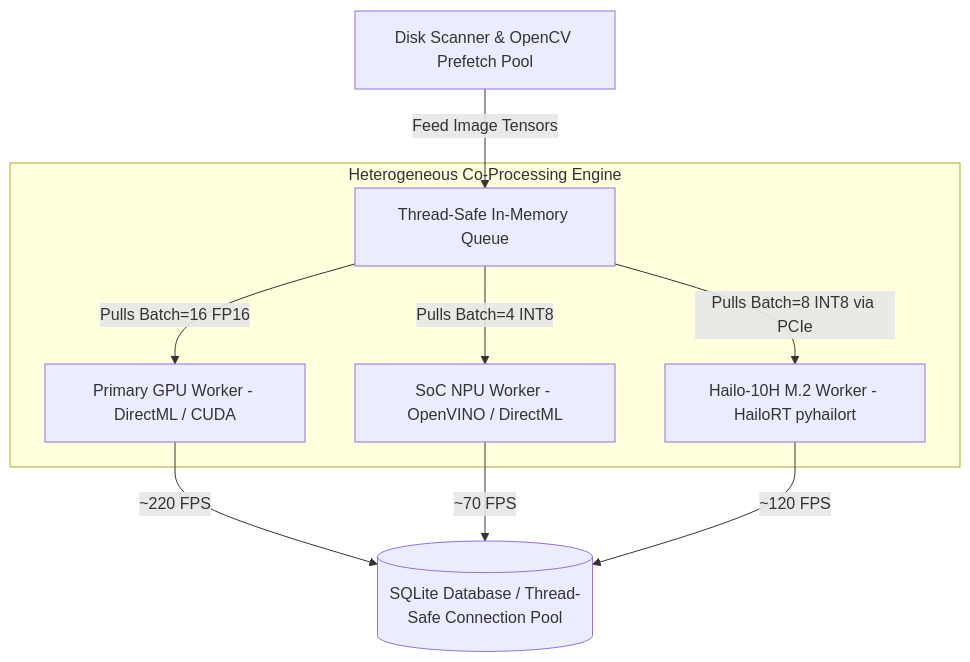
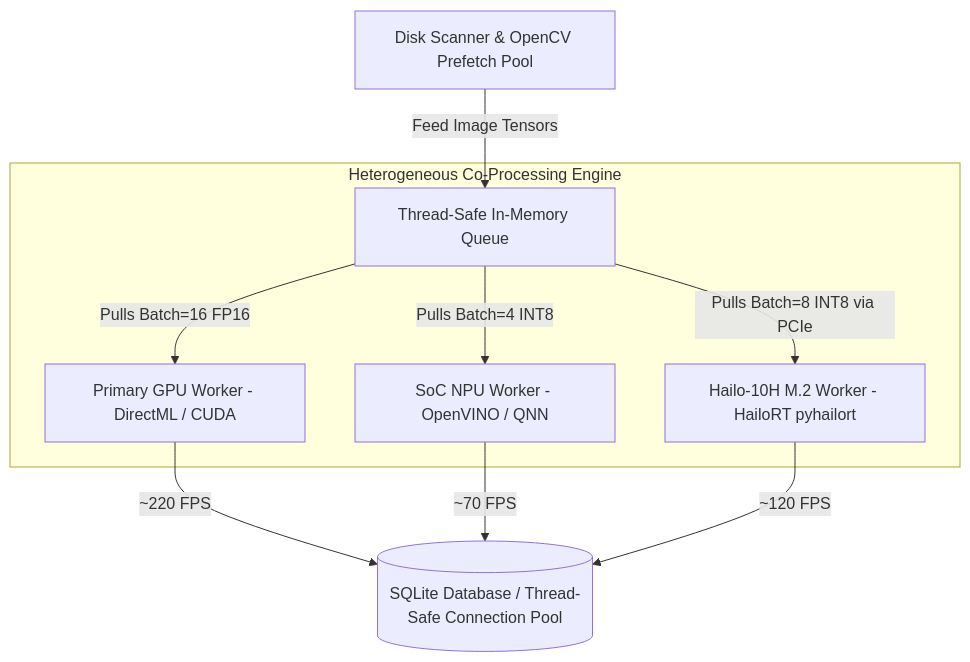
One commit to kjanard/PixKura changed the diagram in future_plan.md. Above: the diagram before and after it, drawn with Mermaid. The commit also changed other lines of this file, not shown here.

````diff
--- a/future_plan.md
+++ b/future_plan.md
@@ -54,14 +60,14 @@
 ```mermaid
 graph TD
-    A[Disk Scanner & OpenCV Prefetch Pool] -->|Feed Image Tensors| Q[Thread-Safe In-Memory Queue]
+    A["Disk Scanner & OpenCV Prefetch Pool"] -->|Feed Image Tensors| Q["Thread-Safe In-Memory Queue"]
     
     subgraph Heterogeneous Co-Processing Engine
-        Q -->|Pulls Batch=16 FP16| W1[Primary GPU Worker - DirectML / CUDA]
-        Q -->|Pulls Batch=4 INT8| W2[SoC NPU Worker - OpenVINO / DirectML]
-        Q -->|Pulls Batch=8 INT8 via PCIe| W3[Hailo-10H M.2 Worker - HailoRT pyhailort]
+        Q -->|Pulls Batch=16 FP16| W1["Primary GPU Worker - DirectML / CUDA"]
+        Q -->|Pulls Batch=4 INT8| W2["SoC NPU Worker - OpenVINO / QNN"]
+        Q -->|Pulls Batch=8 INT8 via PCIe| W3["Hailo-10H M.2 Worker - HailoRT pyhailort"]
     end
     
-    W1 -->|~220 FPS| DB[(SQLite Database / Thread-Safe Connection Pool)]
+    W1 -->|~220 FPS| DB[("SQLite Database / Thread-Safe Connection Pool")]
     W2 -->|~70 FPS| DB
     W3 -->|~120 FPS| DB
 ```
````
